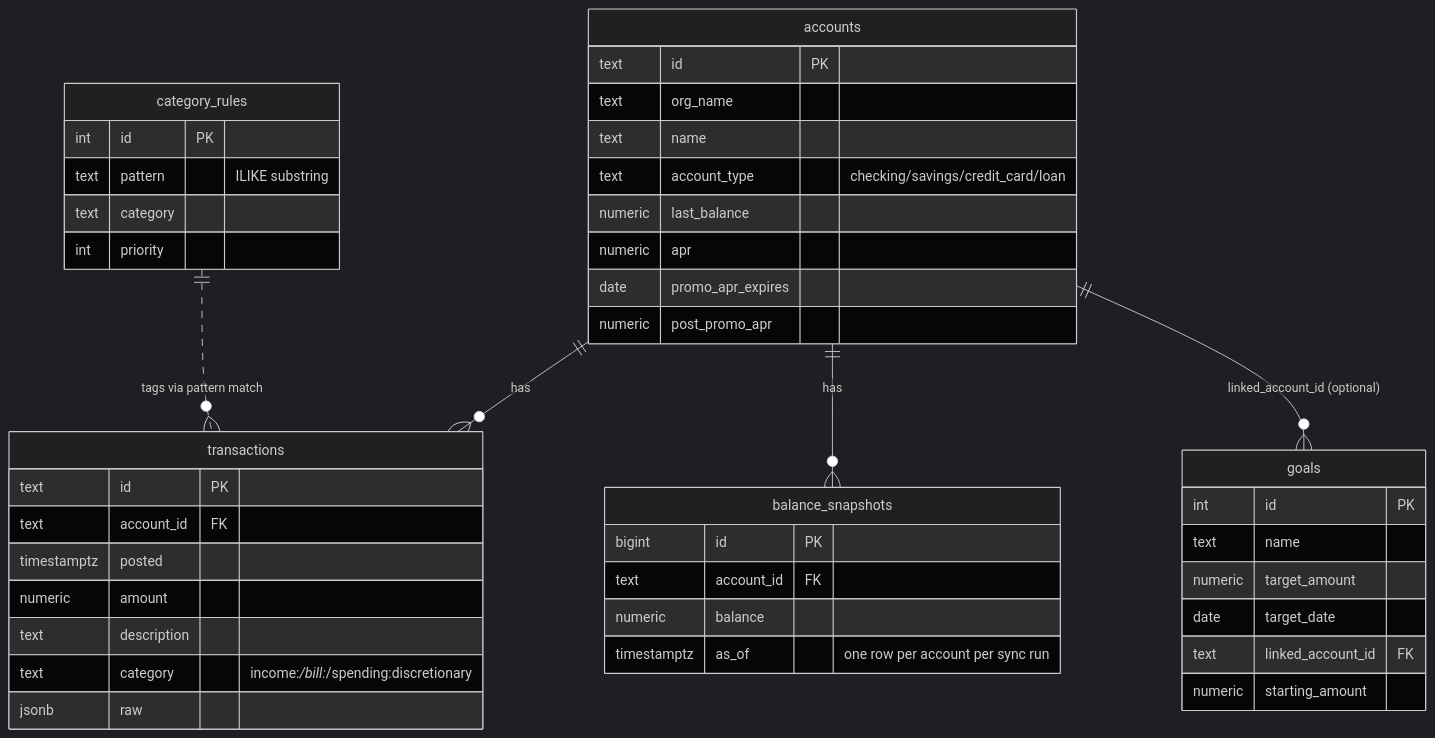
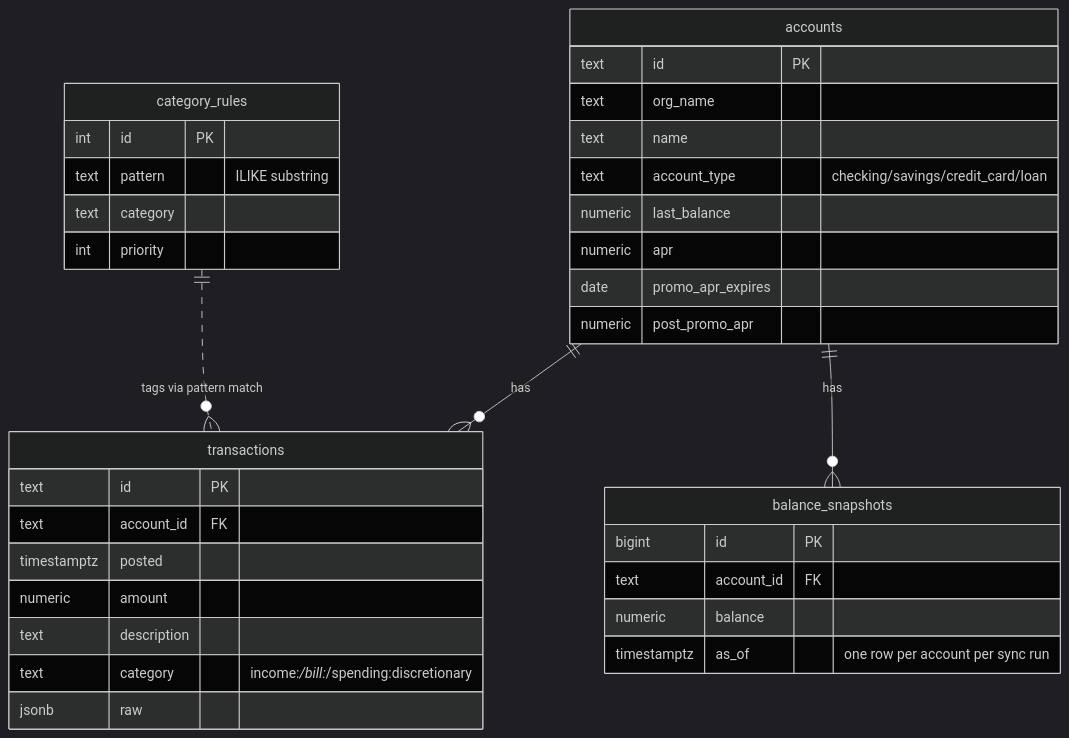
One commit to MNGGibson/finance-dashboard changed the second of 2 diagrams in ARCHITECTURE.md. Above: the diagram before and after it, drawn with Mermaid (dark theme). The commit also changed other lines of this file and 13 other files, not shown here.

````diff
--- a/ARCHITECTURE.md
+++ b/ARCHITECTURE.md
@@ -47,47 +42,38 @@
 ```mermaid
 erDiagram
     accounts ||--o{ transactions : has
     accounts ||--o{ balance_snapshots : has
-    accounts ||--o{ goals : "linked_account_id (optional)"
     category_rules ||..o{ transactions : "tags via pattern match"
 
     accounts {
         text id PK
         text org_name
         text name
         text account_type "checking/savings/credit_card/loan"
         numeric last_balance
         numeric apr
         date promo_apr_expires
         numeric post_promo_apr
     }
     transactions {
         text id PK
         text account_id FK
         timestamptz posted
         numeric amount
         text description
         text category "income:*/bill:*/spending:discretionary"
         jsonb raw
     }
     balance_snapshots {
         bigint id PK
         text account_id FK
         numeric balance
         timestamptz as_of "one row per account per sync run"
     }
     category_rules {
         int id PK
         text pattern "ILIKE substring"
         text category
         int priority
     }
-    goals {
-        int id PK
-        text name
-        numeric target_amount
-        date target_date
-        text linked_account_id FK
-        numeric starting_amount
-    }
 ```
````
